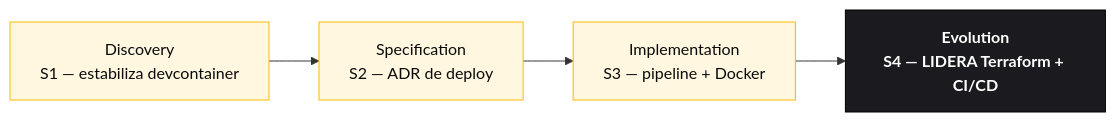
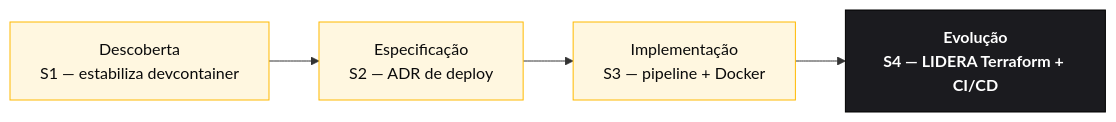
The diagram in pt-br/persona-kits/09-devops-engineer/PERSONA.md (paulasilvatech/hackathon-datacorp-team-kit), drawn with Mermaid before and after one commit. The commit also changed other lines of this file and 172 other files, not shown here.

````diff
--- a/pt-br/persona-kits/09-devops-engineer/PERSONA.md
+++ b/pt-br/persona-kits/09-devops-engineer/PERSONA.md
@@ -27,12 +27,12 @@
 ```mermaid
 flowchart LR
  classDef current fill:#1B1B1F,stroke:#000,color:#fff,font-weight:bold
  classDef support fill:#FFF7E0,stroke:#FFB900,color:#0A0A0A
 
- D[Discovery<br/>S1 — estabiliza devcontainer]:::support
- SP[Specification<br/>S2 — ADR de deploy]:::support
- IM[Implementation<br/>S3 — pipeline + Docker]:::support
- EV[Evolution<br/>S4 — LIDERA Terraform + CI/CD]:::current
+ D[Descoberta<br/>S1 — estabiliza devcontainer]:::support
+ SP[Especificação<br/>S2 — ADR de deploy]:::support
+ IM[Implementação<br/>S3 — pipeline + Docker]:::support
+ EV[Evolução<br/>S4 — LIDERA Terraform + CI/CD]:::current
 
  D --> SP --> IM --> EV
 ```
````
